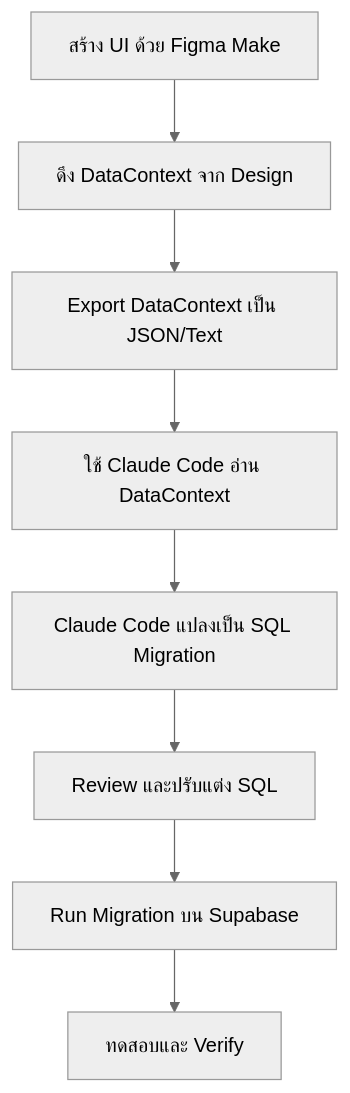
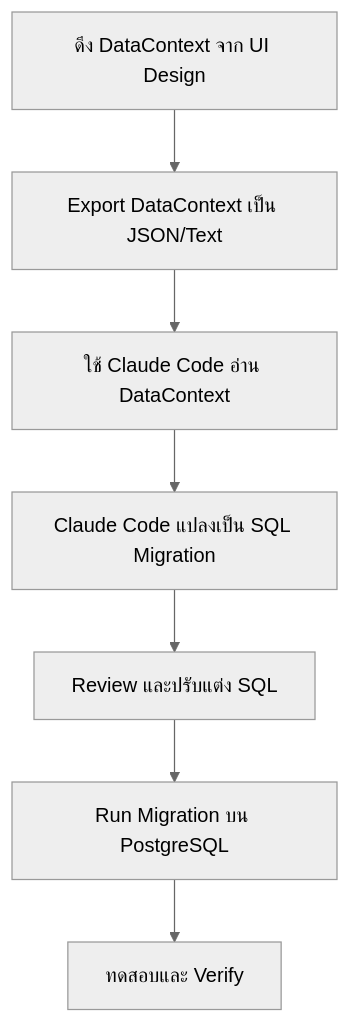
The diagram in skill-sop-sdlc/ref/03_DATABASE/3.3_Database_Migration_from_DataContext.md (Siam-GS-Battery/agent-skill), drawn with Mermaid (neutral theme) before and after one commit. The commit also changed other lines of this file and 15 other files, not shown here.

Commit message:
docs: remove browser extensions and replace Supabase with generic PostgreSQL integration

````diff
--- a/skill-sop-sdlc/ref/03_DATABASE/3.3_Database_Migration_from_DataContext.md
+++ b/skill-sop-sdlc/ref/03_DATABASE/3.3_Database_Migration_from_DataContext.md
@@ -28,10 +26,9 @@
 ```mermaid
 flowchart TD
-    A[สร้าง UI ด้วย Figma Make] --> B[ดึง DataContext จาก Design]
-    B --> C[Export DataContext เป็น JSON/Text]
-    C --> D[ใช้ Claude Code อ่าน DataContext]
-    D --> E[Claude Code แปลงเป็น SQL Migration]
-    E --> F[Review และปรับแต่ง SQL]
-    F --> G[Run Migration บน Supabase]
-    G --> H[ทดสอบและ Verify]
+    A[ดึง DataContext จาก UI Design] --> B[Export DataContext เป็น JSON/Text]
+    B --> C[ใช้ Claude Code อ่าน DataContext]
+    C --> D[Claude Code แปลงเป็น SQL Migration]
+    D --> E[Review และปรับแต่ง SQL]
+    E --> F[Run Migration บน PostgreSQL]
+    F --> G[ทดสอบและ Verify]
 ```
````
